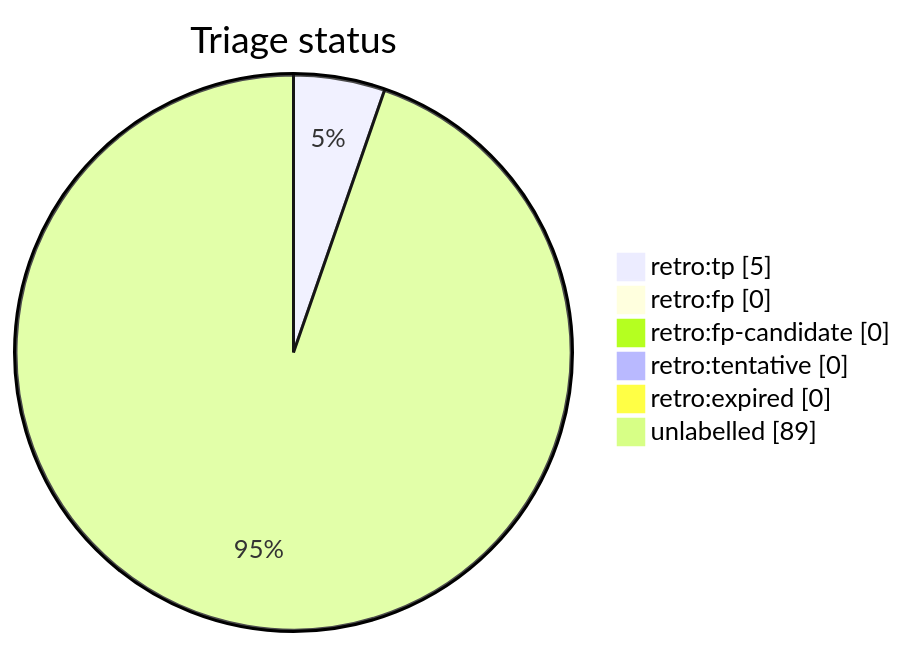
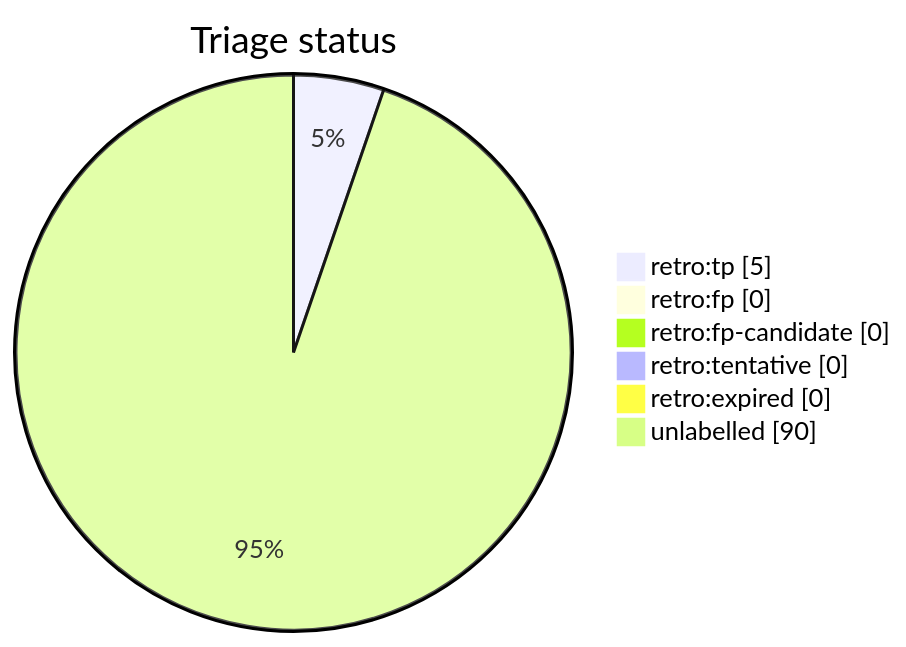
The diagram in docs/generated/scripts/auto-retro-triage-report.md (tvna/claude-md), drawn with Mermaid before and after one commit. The commit also changed other lines of this file, not shown here.

````diff
--- a/docs/generated/scripts/auto-retro-triage-report.md
+++ b/docs/generated/scripts/auto-retro-triage-report.md
@@ -20,10 +20,10 @@
 ```mermaid
 pie showData
     title Triage status
     "retro:tp" : 5
     "retro:fp" : 0
     "retro:fp-candidate" : 0
     "retro:tentative" : 0
     "retro:expired" : 0
-    "unlabelled" : 89
+    "unlabelled" : 90
 ```
````
